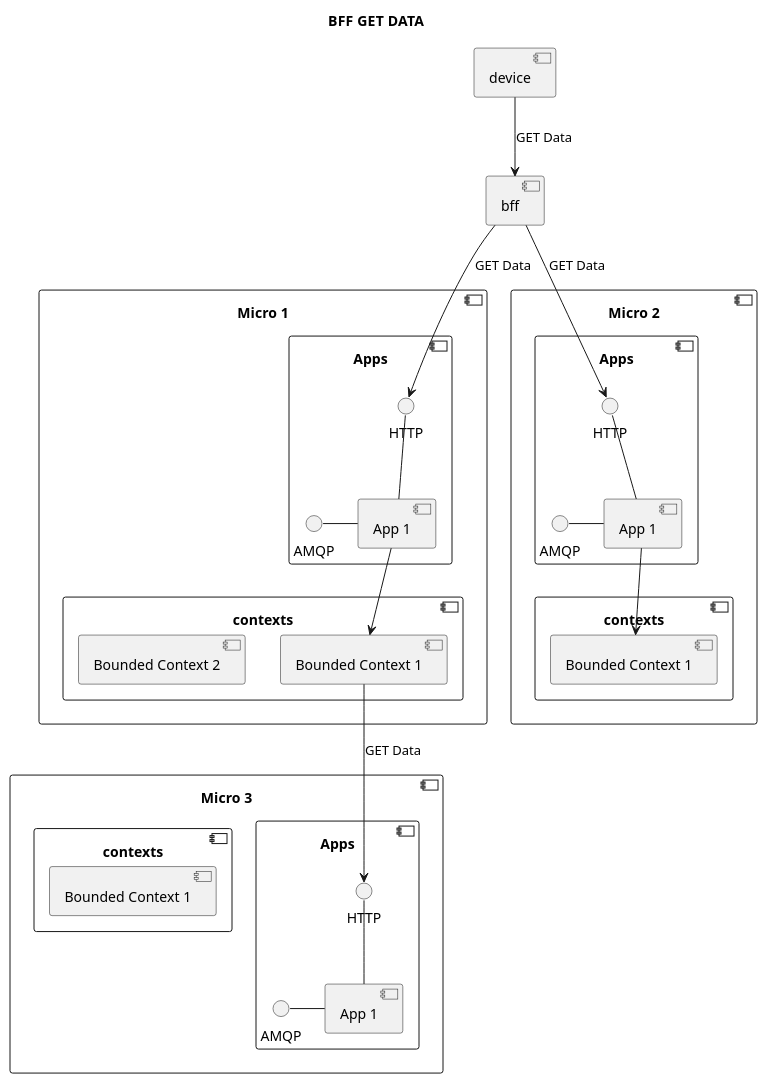
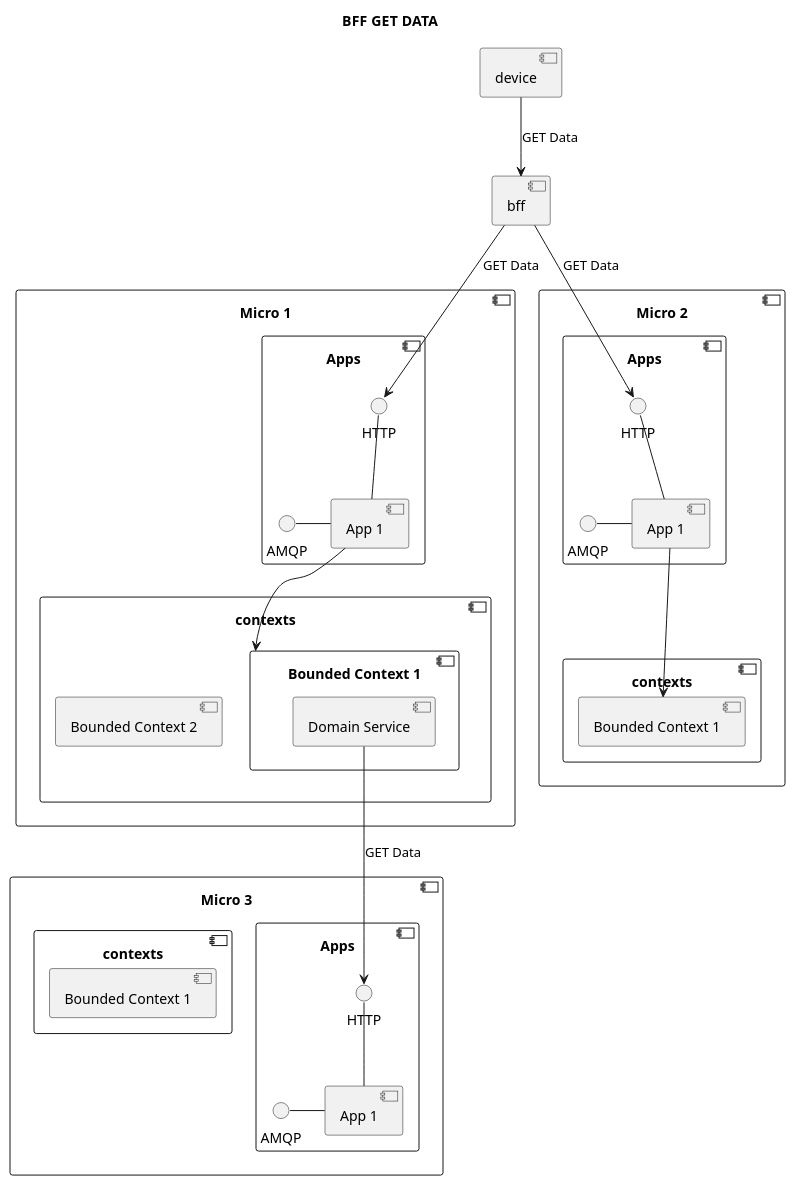
One commit to biko8/software-concepts changed the diagram in bff-hexagonal-ddd-architecture/bff-get-data.puml. Above: the diagram before and after it, drawn with PlantUML.

Commit message:
Add domain service

```diff
--- a/bff-hexagonal-ddd-architecture/bff-get-data.puml
+++ b/bff-hexagonal-ddd-architecture/bff-get-data.puml
@@ -1,55 +1,57 @@
 @startuml BFF
 
 title BFF GET DATA
 
 component device
 component bff
 component "Micro 1" as MICRO1 {
     component "Apps" as MICRO1_APPS {
         interface HTTP as MICRO1_APPS_APP1_HTTP
         interface AMQP as MICRO1_APPS_APP1_AMQP
         component "App 1" as MICRO1_APPS_APP1
         MICRO1_APPS_APP1_HTTP -- MICRO1_APPS_APP1
         MICRO1_APPS_APP1_AMQP - MICRO1_APPS_APP1
     }
     component contexts as MICRO1_CTX {
-        component "Bounded Context 1" as MICRO1_CTX_CTX1
+        component "Bounded Context 1" as MICRO1_CTX_CTX1 {
+            component "Domain Service" as MICRO1_CTX_CTX1_DS1
+        }
         component "Bounded Context 2" as MICRO1_CTX_CTX2
     }
 }
 
 component "Micro 2" as MICRO2 {
     component "Apps" as MICRO2_APPS {
         interface HTTP as MICRO2_APPS_APP1_HTTP
         interface AMQP as MICRO2_APPS_APP1_AMQP
         component "App 1" as MICRO2_APPS_APP1
         MICRO2_APPS_APP1_HTTP -- MICRO2_APPS_APP1
         MICRO2_APPS_APP1_AMQP - MICRO2_APPS_APP1
     }
     component contexts as MICRO2_CTX {
         component "Bounded Context 1" as MICRO2_CTX_CTX1
     }
 }
 
 component "Micro 3" as MICRO3 {
     component "Apps" as MICRO3_APPS {
         interface HTTP as MICRO3_APPS_APP1_HTTP
         interface AMQP as MICRO3_APPS_APP1_AMQP
         component "App 1" as MICRO3_APPS_APP1
         MICRO3_APPS_APP1_HTTP -- MICRO3_APPS_APP1
         MICRO3_APPS_APP1_AMQP - MICRO3_APPS_APP1
     }
     component contexts as MICRO3_CTX {
         component "Bounded Context 1" as MICRO3_CTX_CTX1
     }
 }
 
 device --> bff : GET Data
 bff --> MICRO1_APPS_APP1_HTTP : GET Data
 MICRO1_APPS_APP1 --> MICRO1_CTX_CTX1
 MICRO2_APPS_APP1 --> MICRO2_CTX_CTX1
 
-MICRO1_CTX_CTX1 --> MICRO3_APPS_APP1_HTTP : GET Data
+MICRO1_CTX_CTX1_DS1 --> MICRO3_APPS_APP1_HTTP : GET Data
 bff --> MICRO2_APPS_APP1_HTTP : GET Data
 
 @enduml
```
